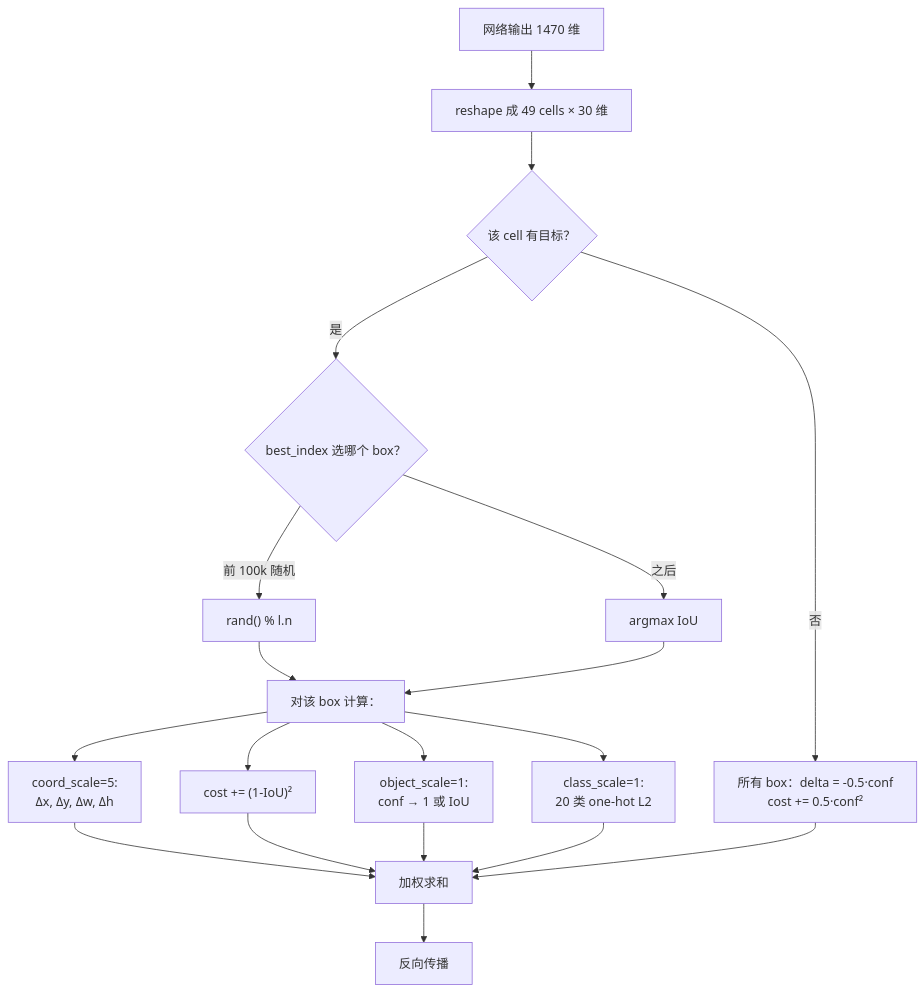
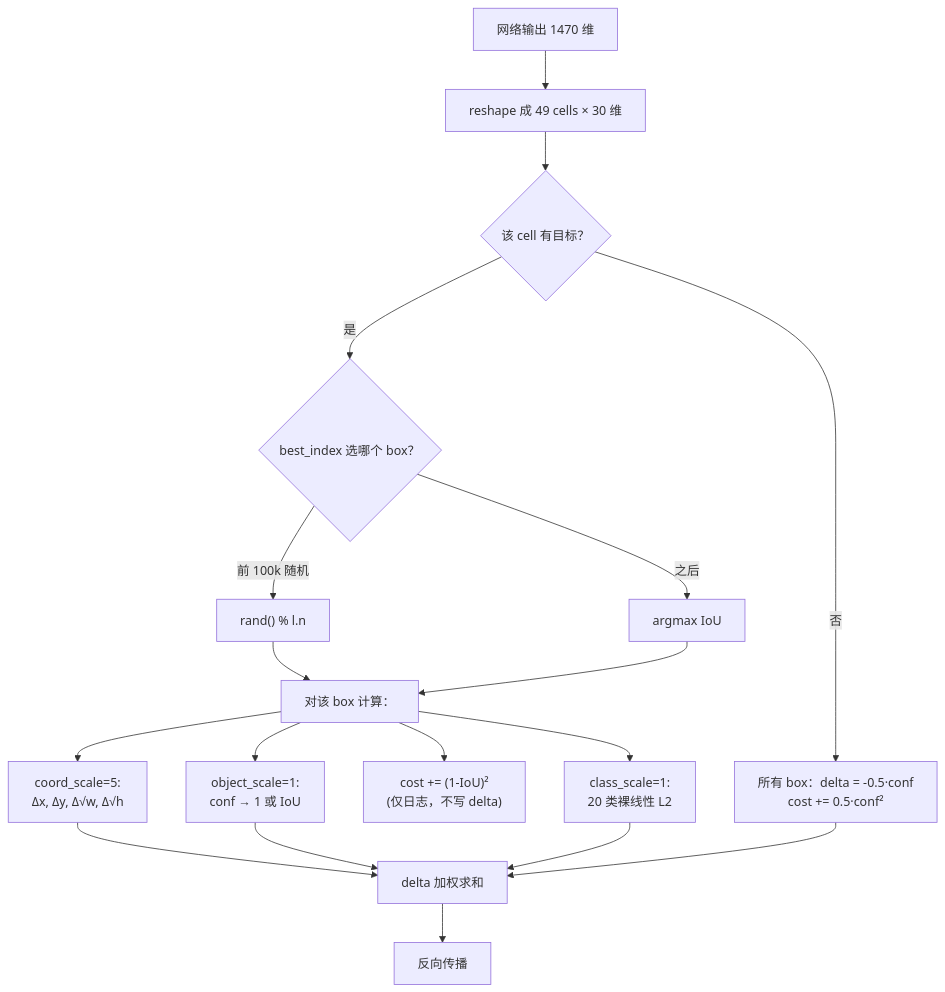
Before and after one commit to yejinlei/agent-yolo: the second of 2 diagrams in docs/versions/v1/losses.md, drawn with Mermaid. The commit also changed other lines of this file and 27 other files, not shown here.

First line of the commit message:
docs(v1): SVG 原理图组件 + 源码可点击跳转 + 全站事实校准

````diff
--- a/docs/versions/v1/losses.md
+++ b/docs/versions/v1/losses.md
@@ -221,21 +173,20 @@
 ```mermaid
 flowchart TB
     FORWARD["网络输出 1470 维"] --> SPLIT["reshape 成 49 cells × 30 维"]
     SPLIT --> CELL{"该 cell 有目标？"}
     CELL -->|否| NOOBJ["所有 box：delta = -0.5·conf<br/>cost += 0.5·conf²"]
     CELL -->|是| BEST{"best_index 选哪个 box？"}
     BEST -->|前 100k 随机| RAND["rand() % l.n"]
     BEST -->|之后| IOUMAX["argmax IoU"]
     RAND --> COMPUTE
     IOUMAX --> COMPUTE["对该 box 计算："]
-    COMPUTE --> COORD["coord_scale=5:<br/>Δx, Δy, Δw, Δh"]
-    COMPUTE --> IOULOSS["cost += (1-IoU)²"]
+    COMPUTE --> COORD["coord_scale=5:<br/>Δx, Δy, Δ√w, Δ√h"]
+    COMPUTE --> IOULOSS["cost += (1-IoU)²<br/>(仅日志，不写 delta)"]
     COMPUTE --> OBJ["object_scale=1:<br/>conf → 1 或 IoU"]
-    COMPUTE --> CLS["class_scale=1:<br/>20 类 one-hot L2"]
-    COORD --> SUM[加权求和]
-    IOULOSS --> SUM
+    COMPUTE --> CLS["class_scale=1:<br/>20 类裸线性 L2"]
+    COORD --> SUM[delta 加权求和]
     OBJ --> SUM
     CLS --> SUM
     NOOBJ --> SUM
     SUM --> BP["反向传播"]
 ```
````
